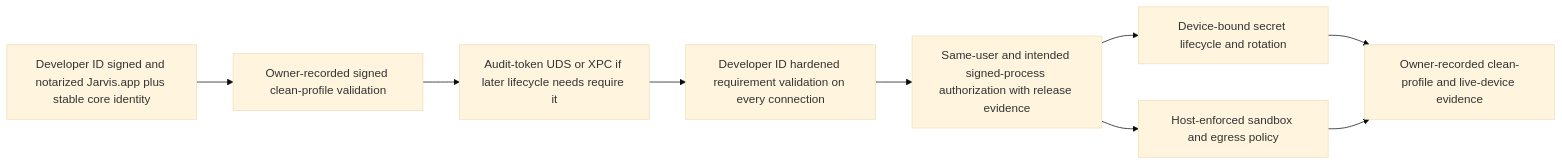
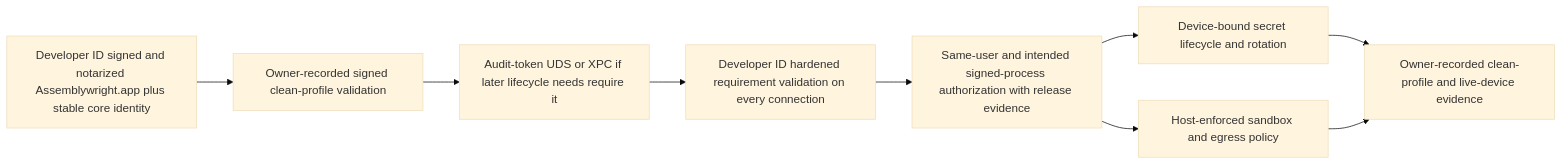
Before and after one commit to malak333/Assemblywright: diagram 12 of 18 in docs/architecture-map.md, drawn with Mermaid (base theme). The commit also changed other lines of this file and 63 other files, not shown here.

````diff
--- a/docs/architecture-map.md
+++ b/docs/architecture-map.md
@@ -466,11 +466,11 @@
 ```mermaid
 flowchart LR
-  A["Developer ID signed and notarized Jarvis.app plus stable core identity"] --> B["Owner-recorded signed clean-profile validation"]
+  A["Developer ID signed and notarized Assemblywright.app plus stable core identity"] --> B["Owner-recorded signed clean-profile validation"]
   B --> X["Audit-token UDS or XPC if later lifecycle needs require it"]
   X --> T["Developer ID hardened requirement validation on every connection"]
   T --> D["Same-user and intended signed-process authorization with release evidence"]
   D --> K["Device-bound secret lifecycle and rotation"]
   D --> O["Host-enforced sandbox and egress policy"]
   K --> E["Owner-recorded clean-profile and live-device evidence"]
   O --> E
 ```
````
